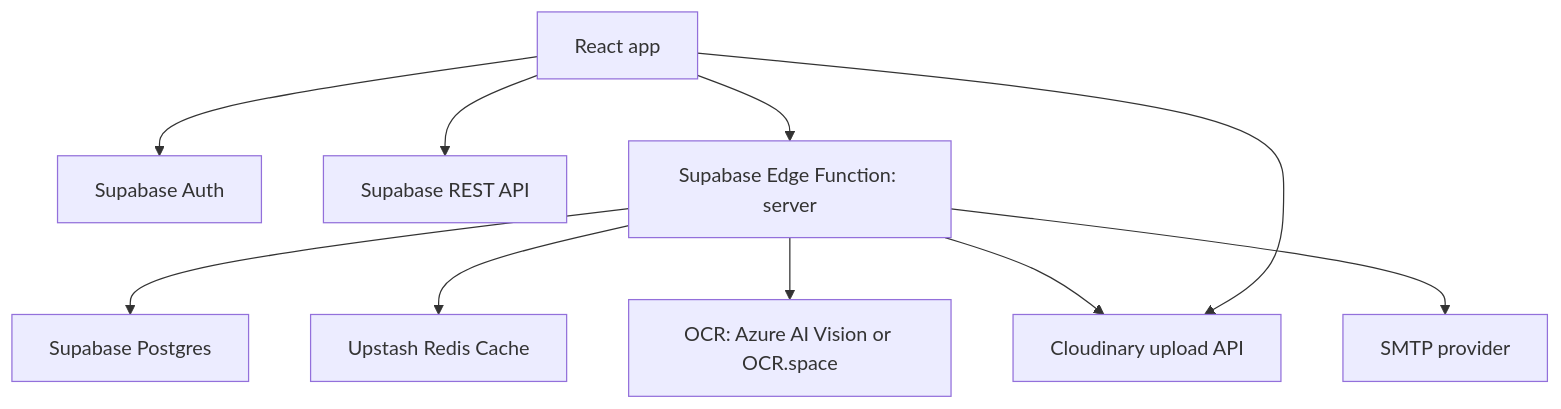
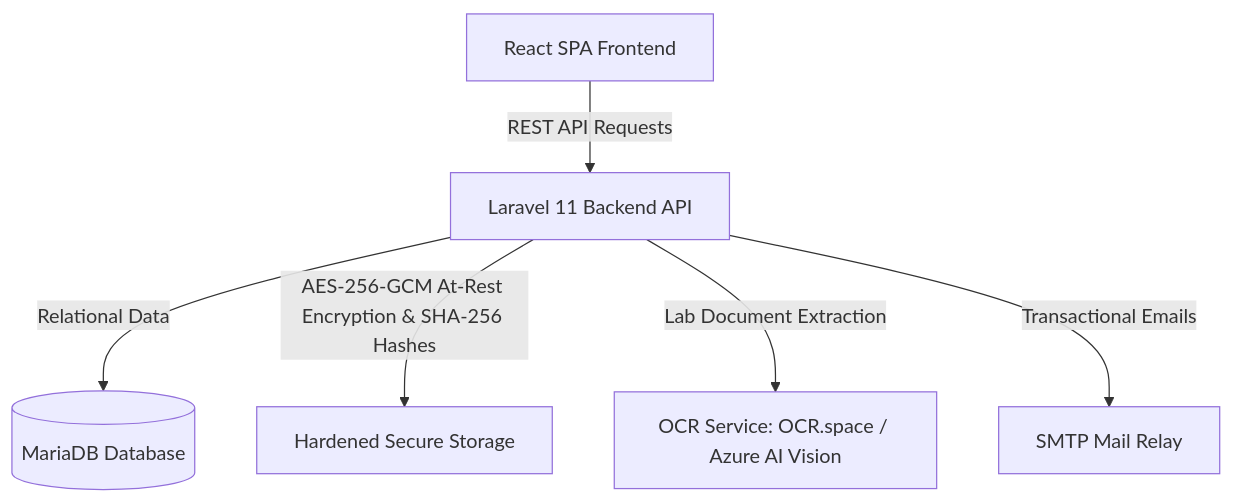
One commit to hamsoool/ClinicKa changed the diagram in README.md. Above: the diagram before and after it, drawn with Mermaid. The commit also changed other lines of this file, not shown here.

````diff
--- a/README.md
+++ b/README.md
@@ -86,12 +9,8 @@
 ```mermaid
 graph TD
-  Browser[React app] --> Auth[Supabase Auth]
-  Browser --> Rest[Supabase REST API]
-  Browser --> Function[Supabase Edge Function: server]
-  Browser --> Cloudinary[Cloudinary upload API]
-  Function --> Database[Supabase Postgres]
-  Function --> Redis[Upstash Redis Cache]
-  Function --> Cloudinary
-  Function --> OCR[OCR: Azure AI Vision or OCR.space]
-  Function --> SMTP[SMTP provider]
+  Browser[React SPA Frontend] -->|REST API Requests| API[Laravel 11 Backend API]
+  API -->|Relational Data| DB[(MariaDB Database)]
+  API -->|AES-256-GCM At-Rest Encryption & SHA-256 Hashes| Storage[Hardened Secure Storage]
+  API -->|Lab Document Extraction| OCR[OCR Service: OCR.space / Azure AI Vision]
+  API -->|Transactional Emails| SMTP[SMTP Mail Relay]
 ```
````
